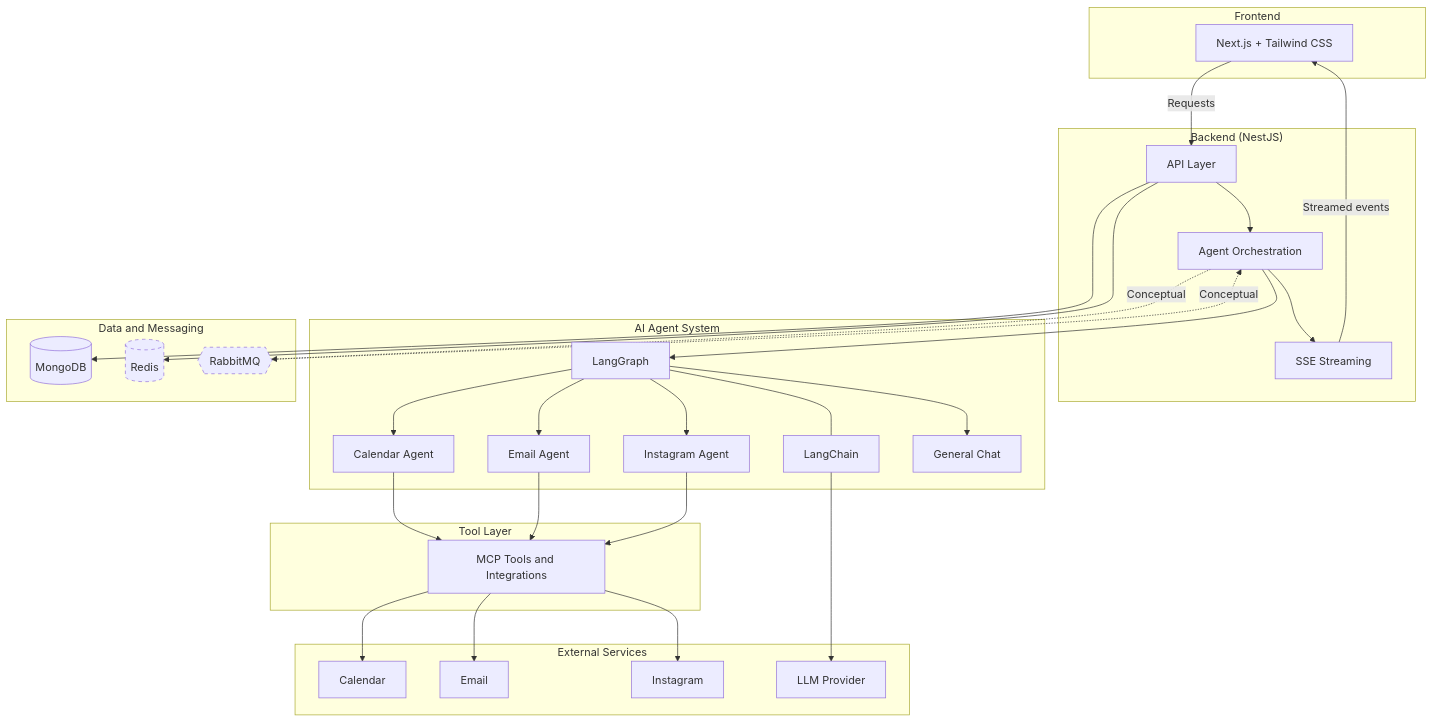
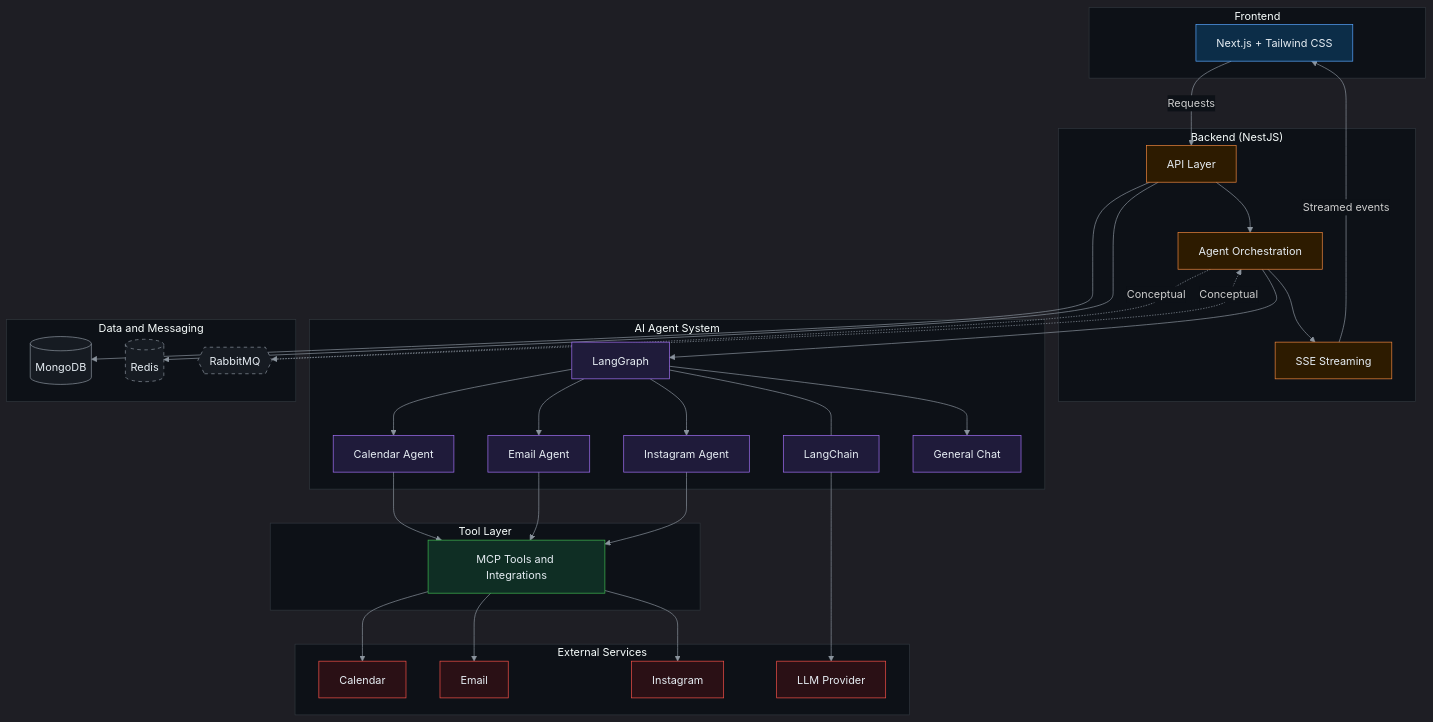
One commit to Sujan-Bhandari07/sutra changed the diagram in README.md. Above: the diagram before and after it, drawn with Mermaid. The commit also changed other lines of this file, not shown here.

First line of the commit message:
Refactor README badges and improve text clarity

````diff
--- a/README.md
+++ b/README.md
@@ -128,63 +130,77 @@
 ```mermaid
+%%{init: {'theme':'dark','themeVariables':{'background':'#0d1117','primaryColor':'#161b22','primaryTextColor':'#e6edf3','primaryBorderColor':'#30363d','lineColor':'#8b949e','clusterBkg':'#0d1117','clusterBorder':'#30363d','edgeLabelBackground':'#0d1117'}}}%%
 flowchart TB
     subgraph Client["Frontend"]
         UI["Next.js + Tailwind CSS"]
     end
 
     subgraph Backend["Backend (NestJS)"]
         API["API Layer"]
         SSE["SSE Streaming"]
         Orchestrator["Agent Orchestration"]
     end
 
     subgraph Agents["AI Agent System"]
         LC["LangChain"]
         LG["LangGraph"]
         CalAgent["Calendar Agent"]
         MailAgent["Email Agent"]
         IGAgent["Instagram Agent"]
         ChatAgent["General Chat"]
     end
 
     subgraph Tools["Tool Layer"]
         MCP["MCP Tools and Integrations"]
     end
 
     subgraph Data["Data and Messaging"]
         Mongo[("MongoDB")]
         Redis[("Redis")]
         MQ{{"RabbitMQ"}}
     end
 
     subgraph External["External Services"]
         Cal["Calendar"]
         Mail["Email"]
         IG["Instagram"]
         LLM["LLM Provider"]
     end
 
     UI -->|"Requests"| API
     SSE -->|"Streamed events"| UI
     API --> Orchestrator
     Orchestrator --> LG
     LG --- LC
     LG --> CalAgent
     LG --> MailAgent
     LG --> IGAgent
     LG --> ChatAgent
     CalAgent --> MCP
     MailAgent --> MCP
     IGAgent --> MCP
     MCP --> Cal
     MCP --> Mail
     MCP --> IG
     LC --> LLM
     Orchestrator --> SSE
     API --> Mongo
     API --> Redis
     Orchestrator -.->|"Conceptual"| MQ
     MQ -.->|"Conceptual"| Orchestrator
 
+    classDef frontend fill:#0c2d48,stroke:#58a6ff,color:#e6edf3;
+    classDef backend fill:#2d1b00,stroke:#f0883e,color:#e6edf3;
+    classDef agent fill:#1f1b3a,stroke:#a371f7,color:#e6edf3;
+    classDef tool fill:#0f2e24,stroke:#3fb950,color:#e6edf3;
+    classDef data fill:#161b22,stroke:#8b949e,color:#e6edf3;
+    classDef external fill:#2a1015,stroke:#f85149,color:#e6edf3;
     classDef conceptual stroke-dasharray: 5 5;
+
+    class UI frontend;
+    class API,SSE,Orchestrator backend;
+    class LC,LG,CalAgent,MailAgent,IGAgent,ChatAgent agent;
+    class MCP tool;
+    class Mongo,Redis,MQ data;
+    class Cal,Mail,IG,LLM external;
     class MQ,Redis conceptual;
 ```
````
